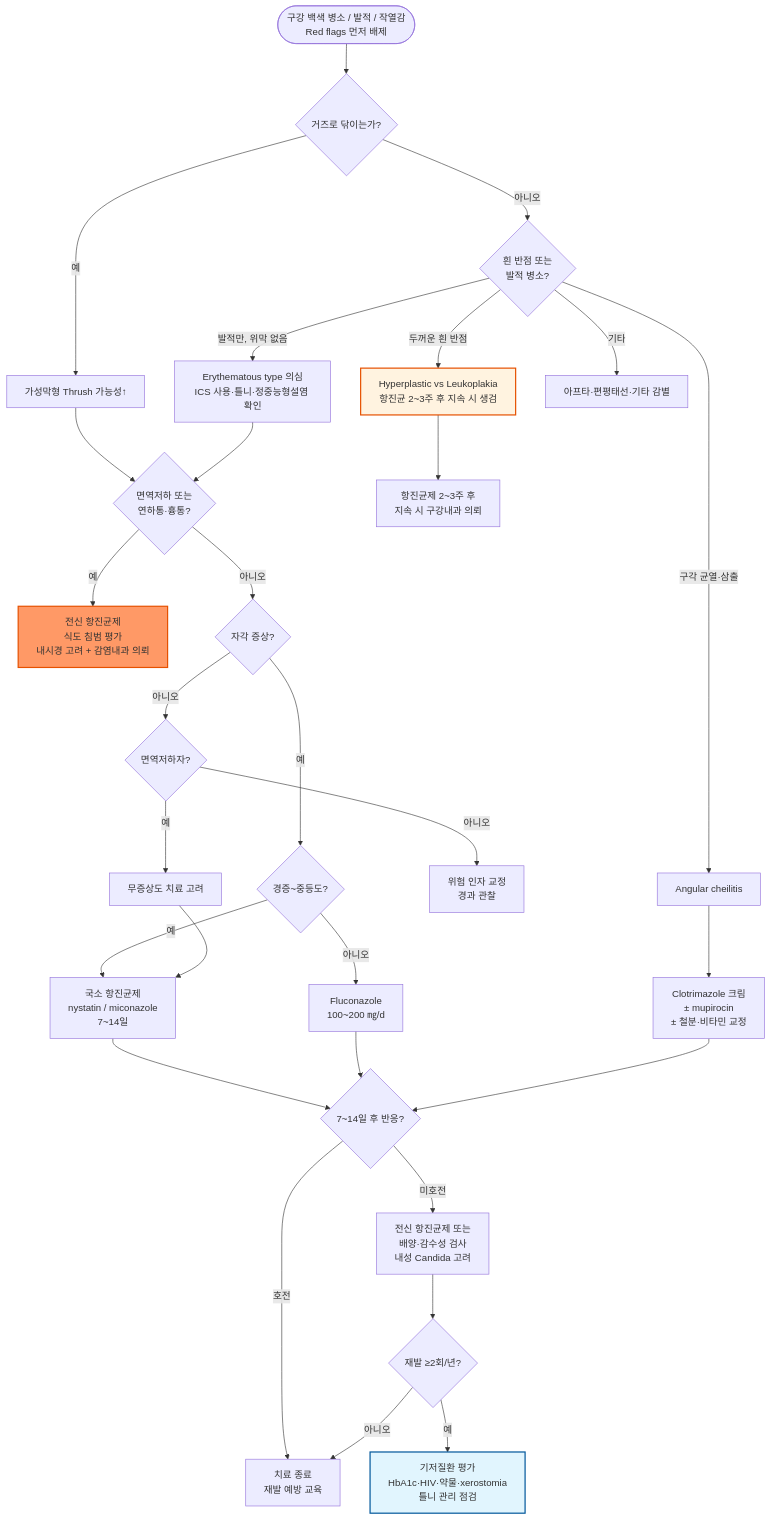
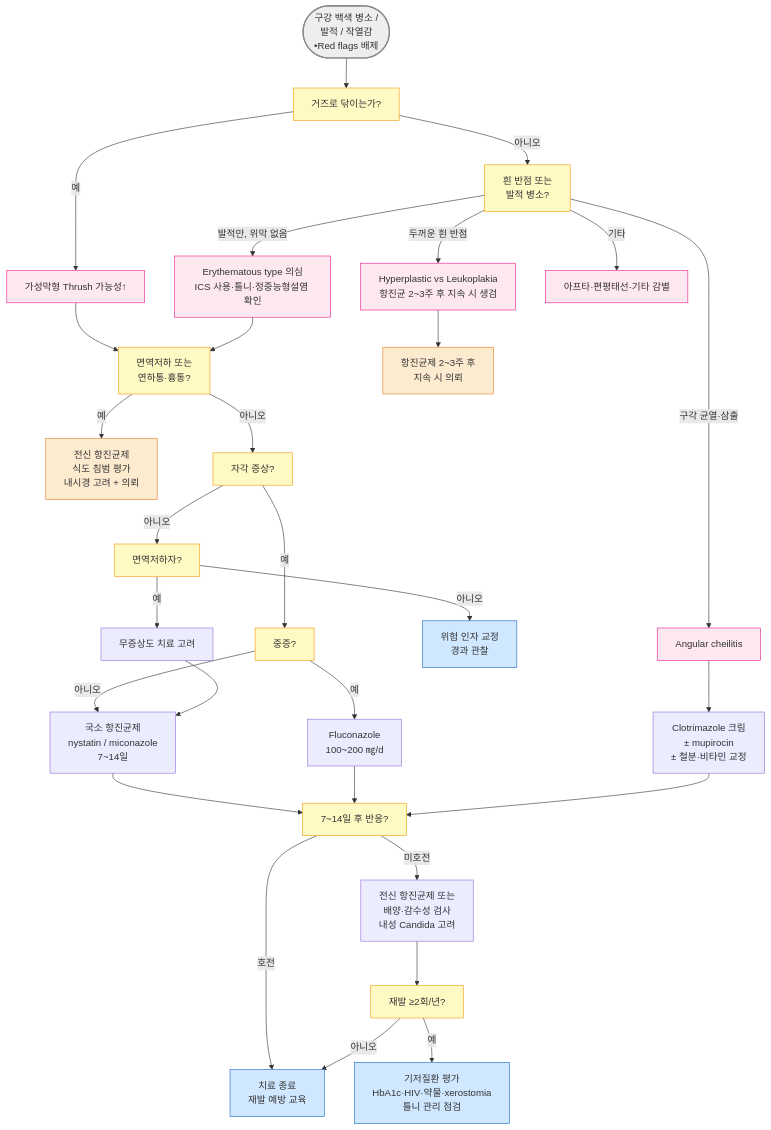
One commit to familyoh77/familyoh77 changed the diagram in 222_/055_-oral-candidiasis.md. Above: the diagram before and after it, drawn with Mermaid. The commit also changed other lines of this file, not shown here.

Commit message:
GITBOOK-792: No subject

````diff
--- a/222_/055_-oral-candidiasis.md
+++ b/222_/055_-oral-candidiasis.md
@@ -105,34 +105,41 @@
 ```mermaid
 flowchart TD
-    A([구강 백색 병소 / 발적 / 작열감<br/>Red flags 먼저 배제]) --> B{거즈로 닦이는가?}
+    A([구강 백색 병소 / <br/>발적 / 작열감<br/>•Red flags 배제]) --> B[거즈로 닦이는가?]
     B -- 예 --> C[가성막형 Thrush 가능성↑]
-    B -- 아니오 --> D{흰 반점 또는<br/>발적 병소?}
+    B -- 아니오 --> D[흰 반점 또는<br/>발적 병소?]
     D -- 두꺼운 흰 반점 --> E[Hyperplastic vs Leukoplakia<br/>항진균 2~3주 후 지속 시 생검]
     D -- 발적만, 위막 없음 --> H[Erythematous type 의심<br/>ICS 사용·틀니·정중능형설염 확인]
     D -- 구각 균열·삼출 --> G[Angular cheilitis]
     D -- 기타 --> Z[아프타·편평태선·기타 감별]
-    C --> I{면역저하 또는<br/>연하통·흉통?}
+    C --> I[면역저하 또는<br/>연하통·흉통?]
     H --> I
-    I -- 예 --> J[전신 항진균제<br/>식도 침범 평가<br/>내시경 고려 + 감염내과 의뢰]
-    I -- 아니오 --> K{자각 증상?}
-    K -- 아니오 --> L{면역저하자?}
+    I -- 예 --> J[전신 항진균제<br/>식도 침범 평가<br/>내시경 고려 + 의뢰]
+    I -- 아니오 --> K[자각 증상?]
+    K -- 아니오 --> L[면역저하자?]
     L -- 예 --> M[무증상도 치료 고려]
     L -- 아니오 --> N[위험 인자 교정<br/>경과 관찰]
-    K -- 예 --> O{경증~중등도?}
-    O -- 예 --> P[국소 항진균제<br/>nystatin / miconazole<br/>7~14일]
-    O -- 아니오 --> Q[Fluconazole<br/>100~200 ㎎/d]
+    K -- 예 --> O[중증?]
+    O -- 아니오 --> P[국소 항진균제<br/>nystatin / miconazole<br/>7~14일]
+    O -- 예 --> Q[Fluconazole<br/>100~200 ㎎/d]
     M --> P
-    P --> R{7~14일 후 반응?}
+    P --> R[7~14일 후 반응?]
     Q --> R
     R -- 호전 --> S[치료 종료<br/>재발 예방 교육]
     R -- 미호전 --> T[전신 항진균제 또는<br/>배양·감수성 검사<br/>내성 Candida 고려]
-    T --> U{재발 ≥2회/년?}
+    T --> U[재발 ≥2회/년?]
     U -- 예 --> V[기저질환 평가<br/>HbA1c·HIV·약물·xerostomia<br/>틀니 관리 점검]
     U -- 아니오 --> S
     G --> W[Clotrimazole 크림<br/>± mupirocin<br/>± 철분·비타민 교정]
     W --> R
-    E --> X[항진균제 2~3주 후<br/>지속 시 구강내과 의뢰]
-    style J fill:#f96,stroke:#e65100,stroke-width:2px
-    style E fill:#fff3e0,stroke:#e65100,stroke-width:2px
-    style V fill:#e1f5fe,stroke:#01579b,stroke-width:2px
+    E --> X[항진균제 2~3주 후<br/>지속 시 의뢰]
+
+style A fill:#eeeeee,stroke:#888888,stroke-width:2px
+classDef orange fill:#fdebd0,stroke:#e67e22
+class J,X orange
+classDef yellow fill:#fff9c4,stroke:#f39c12
+class B,D,I,K,L,O,R,U yellow
+classDef blue fill:#d0e8ff,stroke:#1a6abf
+class N,S,V blue
+classDef pink fill:#fde8f0,stroke:#e91e8c
+class G,H,Z,C,E pink
 ```
````
